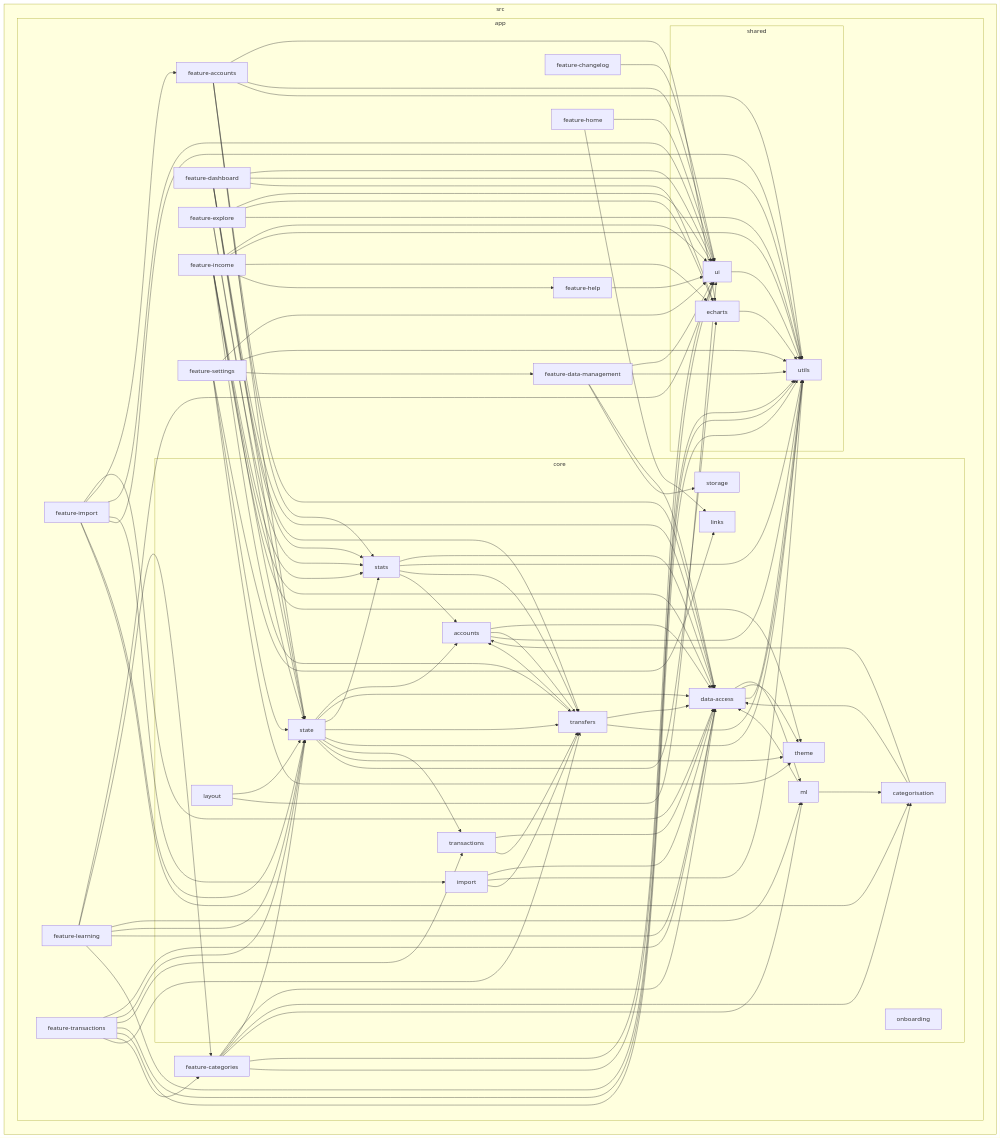
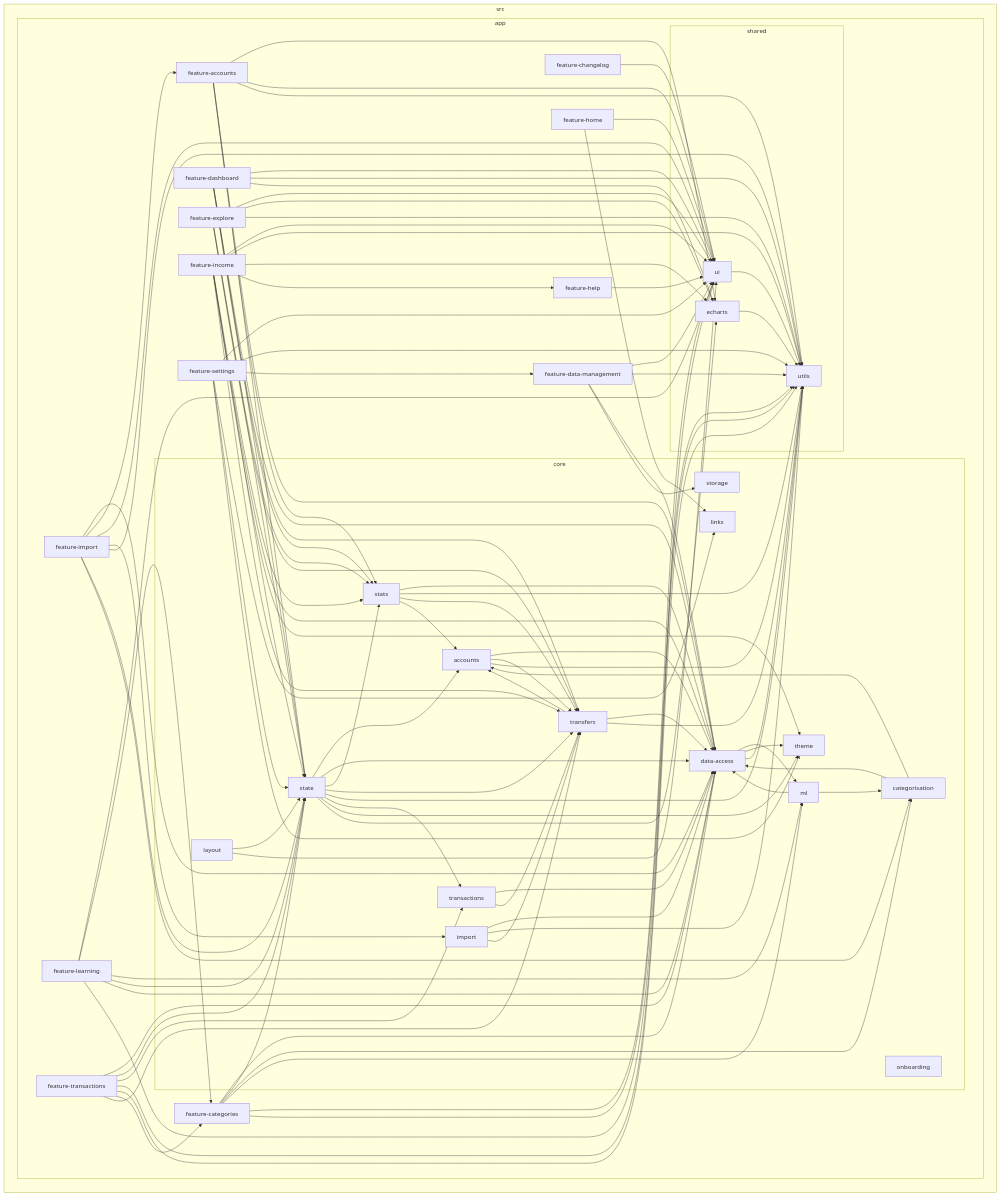
The diagram in reports/dependency-graph.mmd (kevhauma/money-mosaic-v2), drawn with Mermaid before and after one commit. The commit also changed 22 other files, not shown here.

```diff
--- a/reports/dependency-graph.mmd
+++ b/reports/dependency-graph.mmd
@@ -1,141 +1,142 @@
 flowchart LR
 
 subgraph 0["src"]
 subgraph 1["app"]
 subgraph 2["core"]
 3["accounts"]
 4["categorisation"]
 5["data-access"]
 6["import"]
 7["layout"]
 8["links"]
 9["ml"]
 A["onboarding"]
 B["state"]
 C["stats"]
 D["storage"]
 E["theme"]
 F["transactions"]
 G["transfers"]
 end
 H["feature-accounts"]
 I["feature-categories"]
 J["feature-changelog"]
 K["feature-dashboard"]
 L["feature-data-management"]
 M["feature-explore"]
 N["feature-help"]
 O["feature-home"]
 P["feature-import"]
 Q["feature-income"]
 R["feature-learning"]
 S["feature-settings"]
 T["feature-transactions"]
 subgraph U["shared"]
 V["echarts"]
 W["ui"]
 X["utils"]
 end
 end
 end
 3-->5
 3-->G
 3-->X
 4-->5
 4-->3
 5-->9
 5-->E
 5-->X
 6-->5
 6-->X
 6-->G
 7-->B
 7-->W
 9-->4
 9-->5
 B-->3
 B-->5
 B-->C
 B-->G
 B-->X
 B-->F
 B-->E
 B-->V
 C-->5
 C-->X
 C-->G
 C-->3
 F-->5
 F-->G
 G-->5
 G-->3
 G-->X
 H-->5
 H-->V
 H-->B
 H-->W
 H-->X
 H-->C
 I-->5
 I-->B
 I-->W
 I-->X
 I-->4
 I-->9
 J-->W
 K-->5
 K-->B
 K-->W
 K-->X
 K-->G
 K-->C
 K-->V
 L-->5
 L-->D
 L-->W
 L-->X
 M-->B
 M-->W
 M-->C
 M-->V
 M-->X
+M-->G
 N-->W
 O-->8
 O-->W
 P-->5
 P-->H
 P-->W
 P-->6
 P-->X
 P-->B
 P-->4
 Q-->C
 Q-->W
 Q-->X
 Q-->5
 Q-->B
 Q-->E
 Q-->G
 Q-->V
 Q-->N
 R-->W
 R-->I
 R-->9
 R-->B
 R-->5
 R-->X
 S-->W
 S-->8
 S-->B
 S-->X
 S-->L
 S-->E
 T-->5
 T-->B
 T-->F
 T-->W
 T-->X
 T-->I
 T-->G
 V-->X
 W-->X
```
